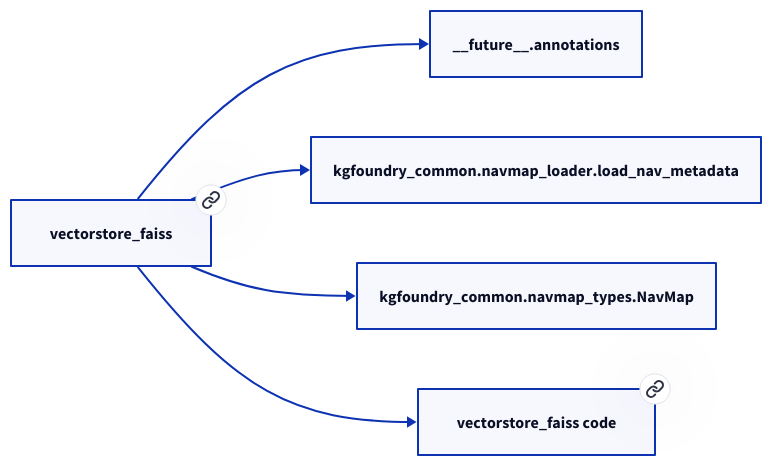
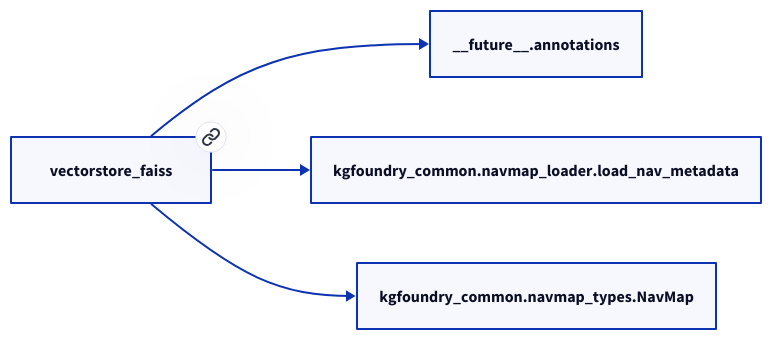
Before and after one commit to paul-heyse/kgforge: the diagram in docs/modules/vectorstore_faiss.md, drawn with D2. The commit also changed other lines of this file and 118 other files, not shown here.

````diff
--- a/docs/modules/vectorstore_faiss.md
+++ b/docs/modules/vectorstore_faiss.md
@@ -17,12 +15,10 @@
 ```d2
 direction: right
-"vectorstore_faiss": "vectorstore_faiss" { link: "./vectorstore_faiss.md" }
+"vectorstore_faiss": "vectorstore_faiss" { link: "vectorstore_faiss.md" }
 "__future__.annotations": "__future__.annotations"
 "vectorstore_faiss" -> "__future__.annotations"
 "kgfoundry_common.navmap_loader.load_nav_metadata": "kgfoundry_common.navmap_loader.load_nav_metadata"
 "vectorstore_faiss" -> "kgfoundry_common.navmap_loader.load_nav_metadata"
 "kgfoundry_common.navmap_types.NavMap": "kgfoundry_common.navmap_types.NavMap"
 "vectorstore_faiss" -> "kgfoundry_common.navmap_types.NavMap"
-"vectorstore_faiss_code": "vectorstore_faiss code" { link: "https://github.com/kgfoundry/kgfoundry/blob/main/src/vectorstore_faiss/__init__.py" }
-"vectorstore_faiss" -> "vectorstore_faiss_code" { style: dashed }
 ```
````
